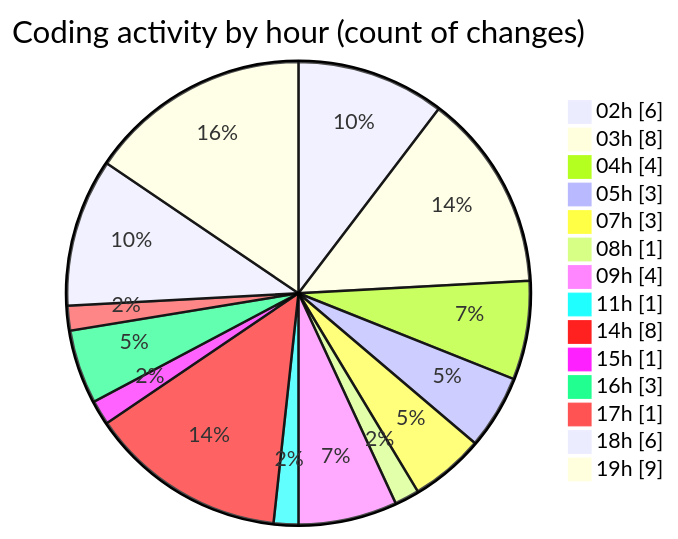
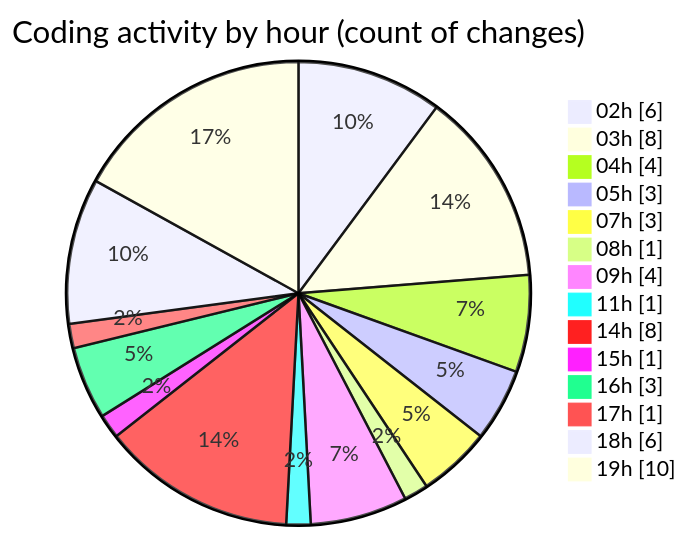
The second of 2 diagrams in 2025-07-03/cursor/README.md (FelipKnott/code-tracking), drawn with Mermaid before and after one commit. The commit also changed other lines of this file and 1 other file, not shown here.

````diff
--- a/2025-07-03/cursor/README.md
+++ b/2025-07-03/cursor/README.md
@@ -44,18 +44,18 @@
 ```mermaid
 pie showData
 title Coding activity by hour (count of changes)
 "02h" : 6
 "03h" : 8
 "04h" : 4
 "05h" : 3
 "07h" : 3
 "08h" : 1
 "09h" : 4
 "11h" : 1
 "14h" : 8
 "15h" : 1
 "16h" : 3
 "17h" : 1
 "18h" : 6
-"19h" : 9
+"19h" : 10
 ```
````
